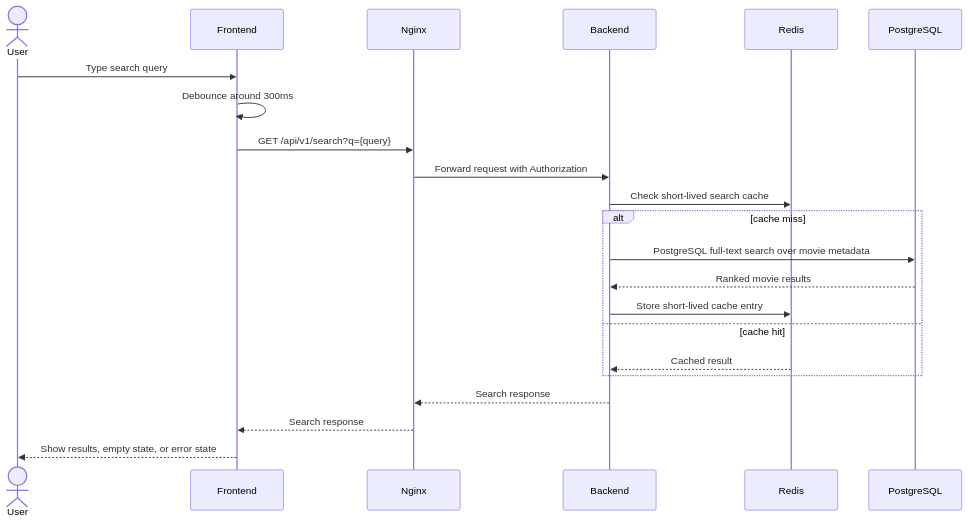
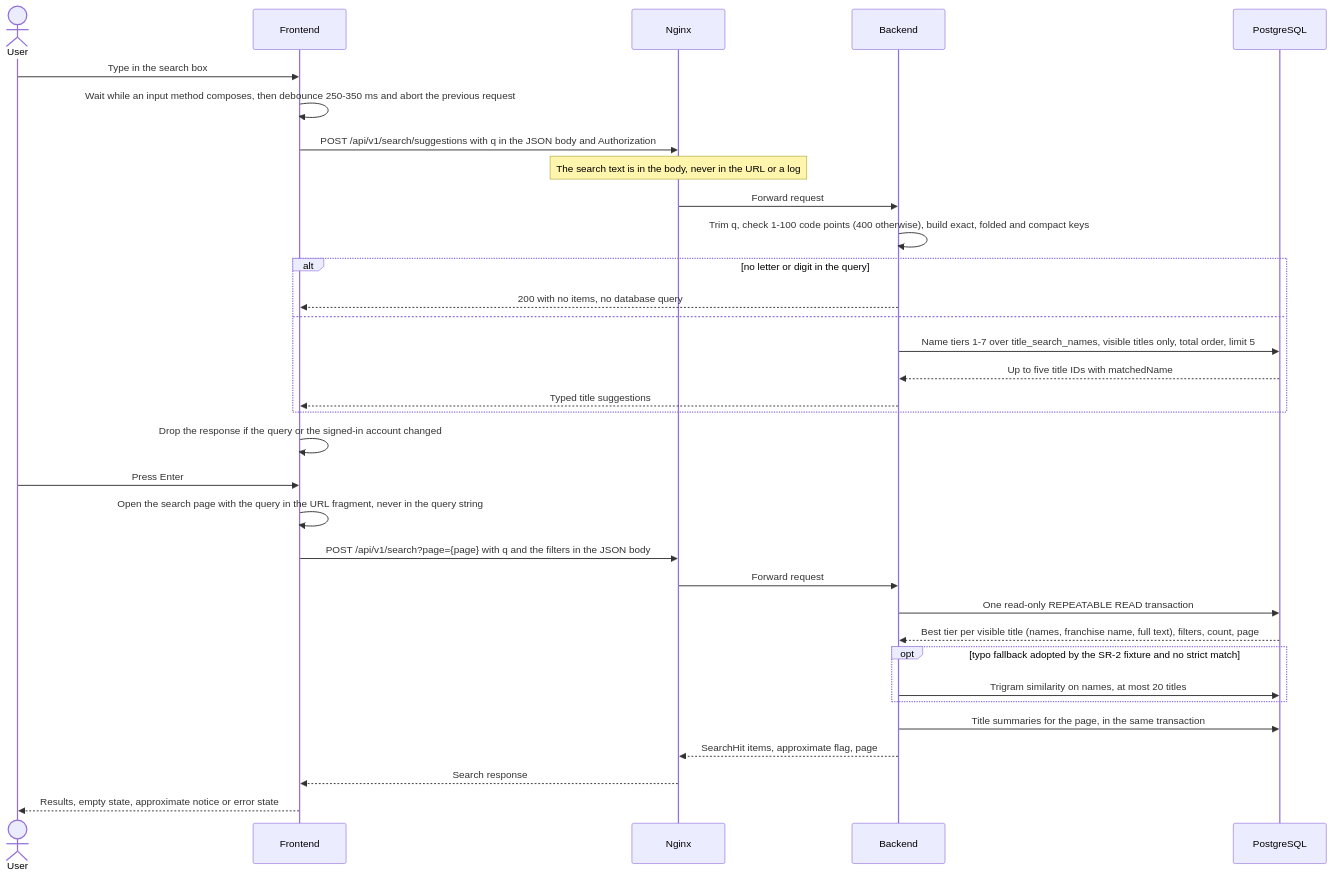
One commit to Duyphanb/Self-hosted-VoD-Platform changed the tenth of 10 diagrams in docs/architecture/SEQUENCE-DIAGRAMS.md. Above: the diagram before and after it, drawn with Mermaid. The commit also changed other lines of this file and 11 other files, not shown here.

````diff
--- a/docs/architecture/SEQUENCE-DIAGRAMS.md
+++ b/docs/architecture/SEQUENCE-DIAGRAMS.md
@@ -354,25 +354,36 @@
 ```mermaid
 sequenceDiagram
     actor User
     participant Frontend
     participant Nginx
     participant Backend
-    participant Redis
     participant PostgreSQL
 
-    User->>Frontend: Type search query
-    Frontend->>Frontend: Debounce around 300ms
-    Frontend->>Nginx: GET /api/v1/search?q={query}
-    Nginx->>Backend: Forward request with Authorization
-    Backend->>Redis: Check short-lived search cache
-    alt cache miss
-        Backend->>PostgreSQL: PostgreSQL full-text search over movie metadata
-        PostgreSQL-->>Backend: Ranked movie results
-        Backend->>Redis: Store short-lived cache entry
-    else cache hit
-        Redis-->>Backend: Cached result
+    User->>Frontend: Type in the search box
+    Frontend->>Frontend: Wait while an input method composes, then debounce 250-350 ms and abort the previous request
+    Frontend->>Nginx: POST /api/v1/search/suggestions with q in the JSON body and Authorization
+    Note over Nginx: The search text is in the body, never in the URL or a log
+    Nginx->>Backend: Forward request
+    Backend->>Backend: Trim q, check 1-100 code points (400 otherwise), build exact, folded and compact keys
+    alt no letter or digit in the query
+        Backend-->>Frontend: 200 with no items, no database query
+    else
+        Backend->>PostgreSQL: Name tiers 1-7 over title_search_names, visible titles only, total order, limit 5
+        PostgreSQL-->>Backend: Up to five title IDs with matchedName
+        Backend-->>Frontend: Typed title suggestions
     end
-    Backend-->>Nginx: Search response
+    Frontend->>Frontend: Drop the response if the query or the signed-in account changed
+    User->>Frontend: Press Enter
+    Frontend->>Frontend: Open the search page with the query in the URL fragment, never in the query string
+    Frontend->>Nginx: POST /api/v1/search?page={page} with q and the filters in the JSON body
+    Nginx->>Backend: Forward request
+    Backend->>PostgreSQL: One read-only REPEATABLE READ transaction
+    PostgreSQL-->>Backend: Best tier per visible title (names, franchise name, full text), filters, count, page
+    opt typo fallback adopted by the SR-2 fixture and no strict match
+        Backend->>PostgreSQL: Trigram similarity on names, at most 20 titles
+    end
+    Backend->>PostgreSQL: Title summaries for the page, in the same transaction
+    Backend-->>Nginx: SearchHit items, approximate flag, page
     Nginx-->>Frontend: Search response
-    Frontend-->>User: Show results, empty state, or error state
+    Frontend-->>User: Results, empty state, approximate notice or error state
 ```
````
